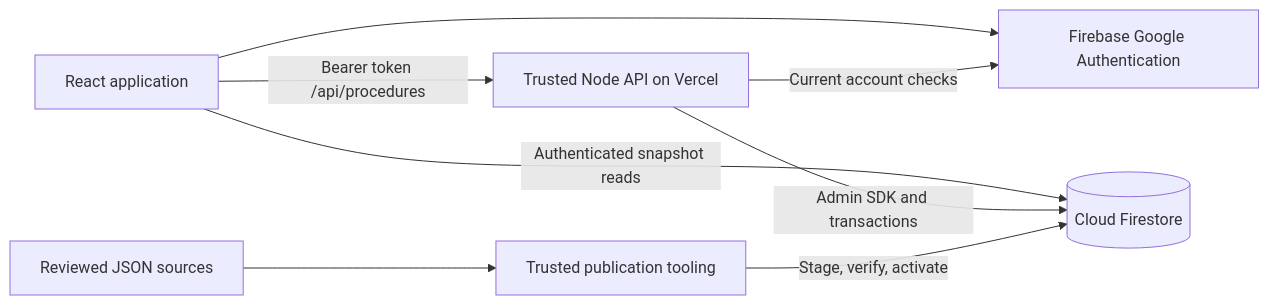
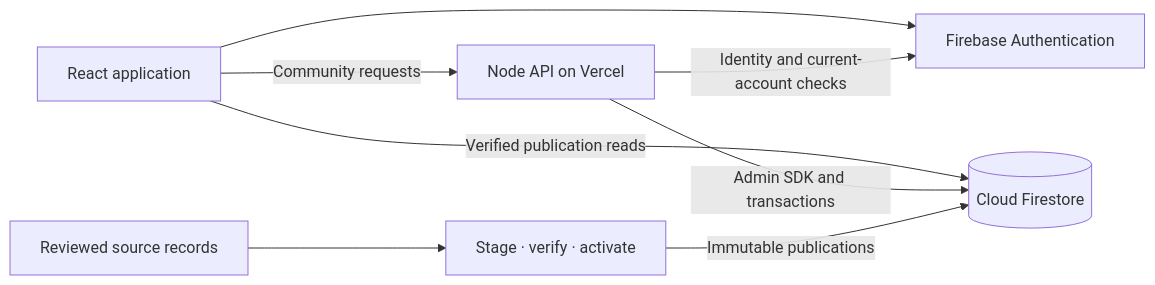
Before and after one commit to ritzardous/kjsce-placements: the diagram in README.md, drawn with Mermaid. The commit also changed other lines of this file and 10 other files, not shown here.

````diff
--- a/README.md
+++ b/README.md
@@ -33,10 +47,10 @@
 ```mermaid
 flowchart LR
-  Browser[React application] --> Auth[Firebase Google Authentication]
-  Browser -->|Authenticated snapshot reads| DB[(Cloud Firestore)]
-  Browser -->|Bearer token /api/procedures| API[Trusted Node API on Vercel]
+  App[React application] --> Auth[Firebase Authentication]
+  App -->|Verified publication reads| DB[(Cloud Firestore)]
+  App -->|Community requests| API[Node API on Vercel]
+  API -->|Identity and current-account checks| Auth
   API -->|Admin SDK and transactions| DB
-  API -->|Current account checks| Auth
-  Sources[Reviewed JSON sources] --> Publish[Trusted publication tooling]
-  Publish -->|Stage, verify, activate| DB
+  Sources[Reviewed source records] --> Publish[Stage · verify · activate]
+  Publish -->|Immutable publications| DB
 ```
````
